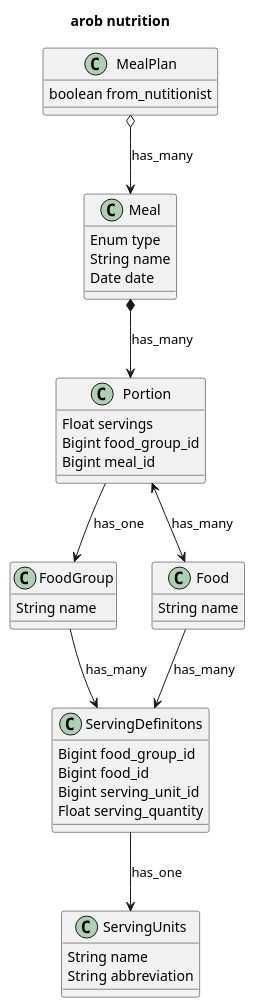
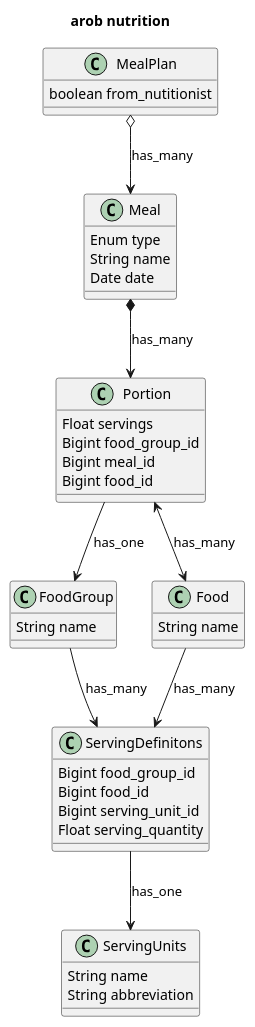
One commit to AnthonyRobertson17/arob changed the diagram in docs/nutrition_models.PLANTUML. Above: the diagram before and after it, drawn with PlantUML. The commit also changed 19 other files, not shown here.

```diff
--- a/docs/nutrition_models.PLANTUML
+++ b/docs/nutrition_models.PLANTUML
@@ -1,52 +1,53 @@
 @startuml arob nutrition
 
 title arob nutrition
 
 
 class MealPlan {
   boolean from_nutitionist
 }
 
 class Meal {
   Enum type
   String name
   Date date
 }
 
 class FoodGroup {
   String name
 }
 
 class Food {
   String name
 }
 
 class Portion {
   Float servings
   Bigint food_group_id
   Bigint meal_id
+  Bigint food_id
 }
 
 class ServingDefinitons {
   Bigint food_group_id
   Bigint food_id
   Bigint serving_unit_id
   Float serving_quantity
 }
 
 class ServingUnits {
   String name
   String abbreviation
 }
 
 
 Meal  *--> Portion : has_many
 Portion --> FoodGroup : has_one
 Portion <--> Food : has_many
 Food --> ServingDefinitons : has_many
 FoodGroup --> ServingDefinitons : has_many
 ServingDefinitons --> ServingUnits : has_one
 
 MealPlan o--> Meal : has_many
 
 @enduml
```
